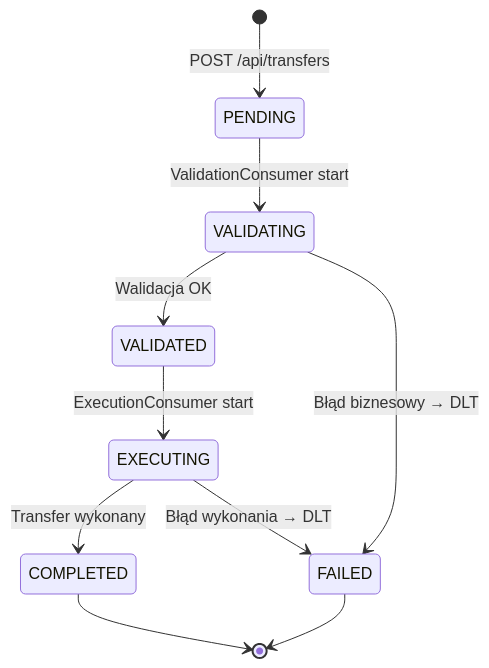
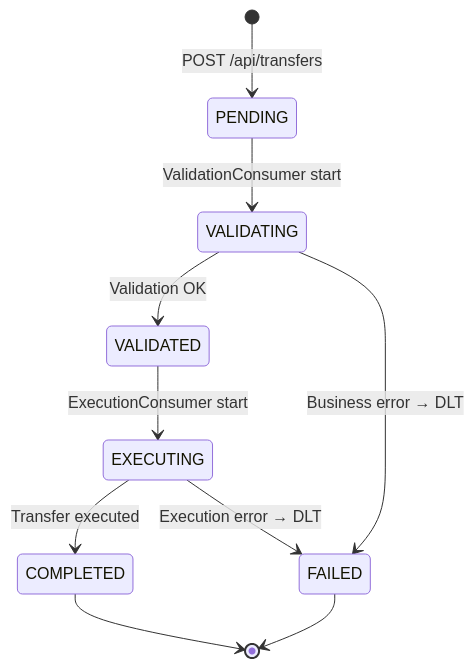
Before and after one commit to kmpol/banking-sysyem-kafka: the second of 3 diagrams in docs/transfer-flow.md, drawn with Mermaid. The commit also changed other lines of this file and 1 other file, not shown here.

First line of the commit message:
Translate flow diagrams to English

````diff
--- a/docs/transfer-flow.md
+++ b/docs/transfer-flow.md
@@ -109,12 +109,12 @@
 ```mermaid
 stateDiagram-v2
     [*] --> PENDING: POST /api/transfers
     PENDING --> VALIDATING: ValidationConsumer start
-    VALIDATING --> VALIDATED: Walidacja OK
-    VALIDATING --> FAILED: Błąd biznesowy → DLT
+    VALIDATING --> VALIDATED: Validation OK
+    VALIDATING --> FAILED: Business error → DLT
     VALIDATED --> EXECUTING: ExecutionConsumer start
-    EXECUTING --> COMPLETED: Transfer wykonany
-    EXECUTING --> FAILED: Błąd wykonania → DLT
+    EXECUTING --> COMPLETED: Transfer executed
+    EXECUTING --> FAILED: Execution error → DLT
     COMPLETED --> [*]
     FAILED --> [*]
 ```
````
